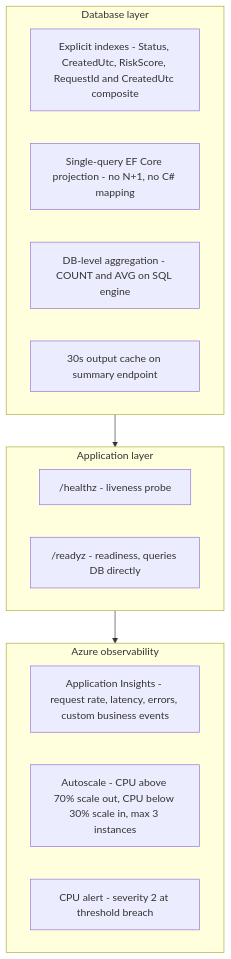
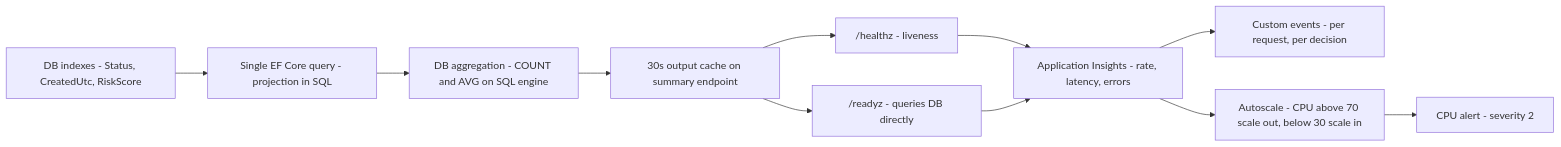
The fourth of 5 diagrams in docs/presentation-diagrams.md (Jugcmd/CloudSec), drawn with Mermaid before and after one commit. The commit also changed other lines of this file, not shown here.

Commit message:
fix: rewrite all diagrams as flat flowcharts - no nested subgraph edge issues

````diff
--- a/docs/presentation-diagrams.md
+++ b/docs/presentation-diagrams.md
@@ -112,22 +98,24 @@
 ```mermaid
-flowchart TB
-    subgraph DB_LAYER [Database layer]
-        IDX["Explicit indexes - Status, CreatedUtc, RiskScore, RequestId and CreatedUtc composite"]
-        PROJ["Single-query EF Core projection - no N+1, no C# mapping"]
-        AGG["DB-level aggregation - COUNT and AVG on SQL engine"]
-        CACHE["30s output cache on summary endpoint"]
-    end
+flowchart LR
+    IDX["DB indexes - Status, CreatedUtc, RiskScore"]
+    PROJ["Single EF Core query - projection in SQL"]
+    AGG["DB aggregation - COUNT and AVG on SQL engine"]
+    CACHE["30s output cache on summary endpoint"]
 
-    subgraph APP_LAYER [Application layer]
-        HZ["/healthz - liveness probe"]
-        RDY["/readyz - readiness, queries DB directly"]
-    end
+    HZ["/healthz - liveness"]
+    RDY["/readyz - queries DB directly"]
 
-    subgraph AZURE_OBS [Azure observability]
-        AI["Application Insights - request rate, latency, errors, custom business events"]
-        AS["Autoscale - CPU above 70% scale out, CPU below 30% scale in, max 3 instances"]
-        ALT["CPU alert - severity 2 at threshold breach"]
-    end
+    AI["Application Insights - rate, latency, errors"]
+    EVENTS["Custom events - per request, per decision"]
+    AS["Autoscale - CPU above 70 scale out, below 30 scale in"]
+    ALT["CPU alert - severity 2"]
 
-    DB_LAYER --> APP_LAYER --> AZURE_OBS
+    IDX --> PROJ --> AGG --> CACHE
+    CACHE --> HZ
+    CACHE --> RDY
+    HZ --> AI
+    RDY --> AI
+    AI --> EVENTS
+    AI --> AS
+    AS --> ALT
 ```
````
